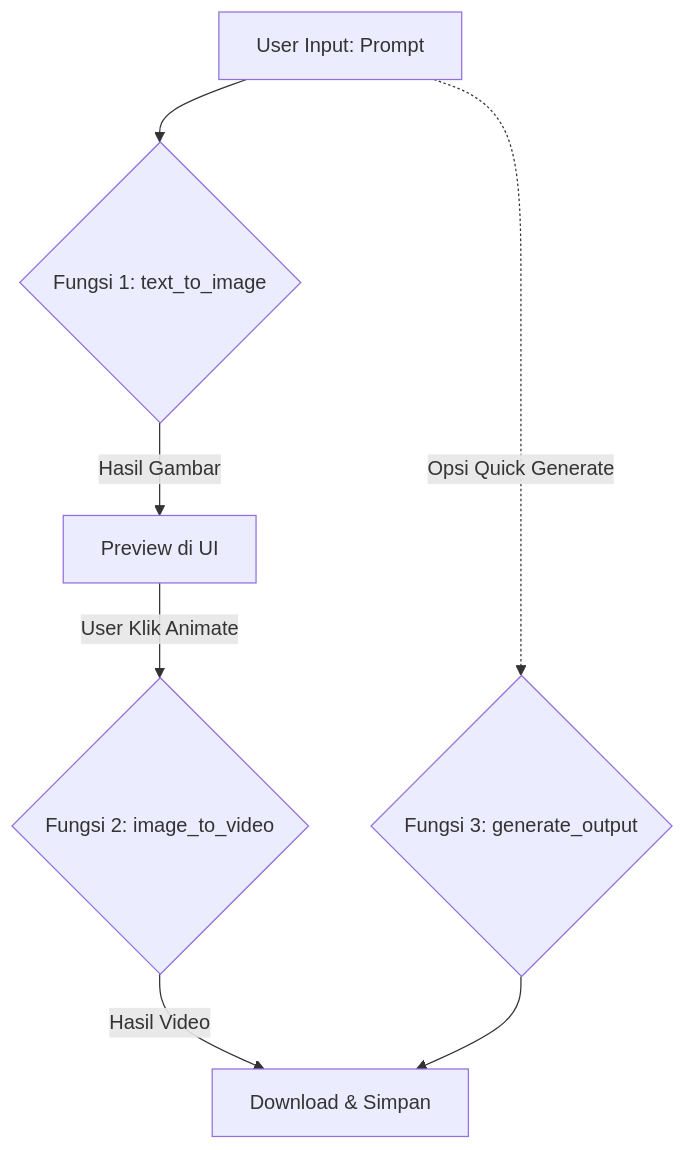
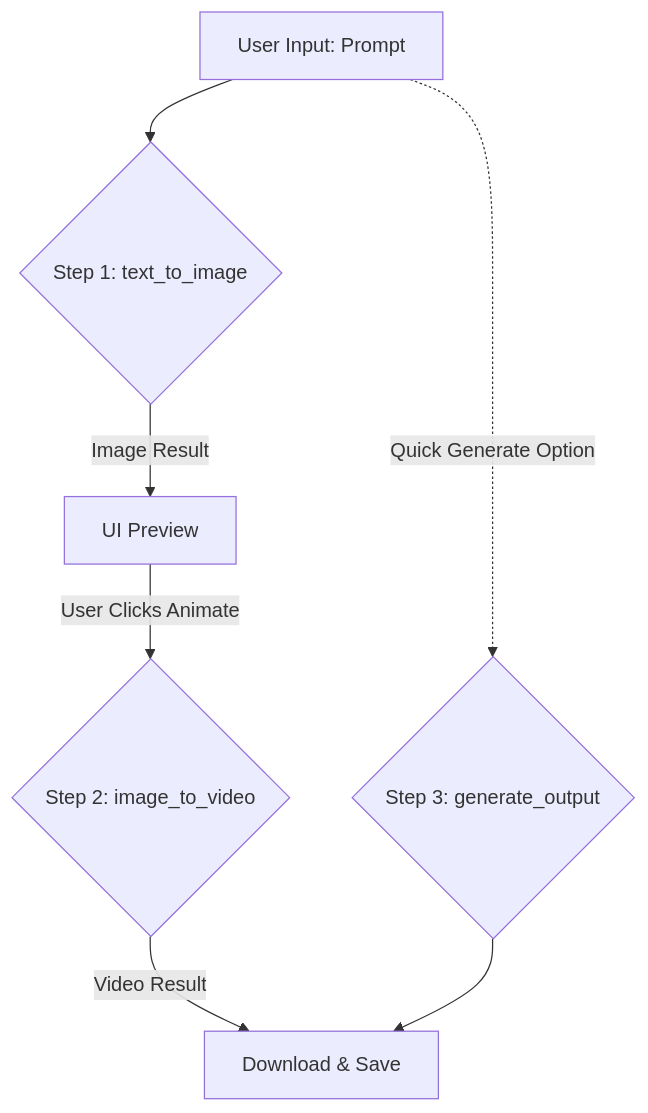
The diagram in GENERATIVE_PIPELINE.md (RamadanMufian/VAX-TEAM-Dev), drawn with Mermaid before and after one commit. The commit also changed other lines of this file, not shown here.

````diff
--- a/GENERATIVE_PIPELINE.md
+++ b/GENERATIVE_PIPELINE.md
@@ -47,10 +47,10 @@
 ```mermaid
 graph TD
-    A[User Input: Prompt] --> B{Fungsi 1: text_to_image}
-    B -->|Hasil Gambar| C[Preview di UI]
-    C -->|User Klik Animate| D{Fungsi 2: image_to_video}
-    D -->|Hasil Video| E[Download & Simpan]
+    A[User Input: Prompt] --> B{Step 1: text_to_image}
+    B -->|Image Result| C[UI Preview]
+    C -->|User Clicks Animate| D{Step 2: image_to_video}
+    D -->|Video Result| E[Download & Save]
     
-    A -.->|Opsi Quick Generate| F{Fungsi 3: generate_output}
+    A -.->|Quick Generate Option| F{Step 3: generate_output}
     F --> E
 ```
````
